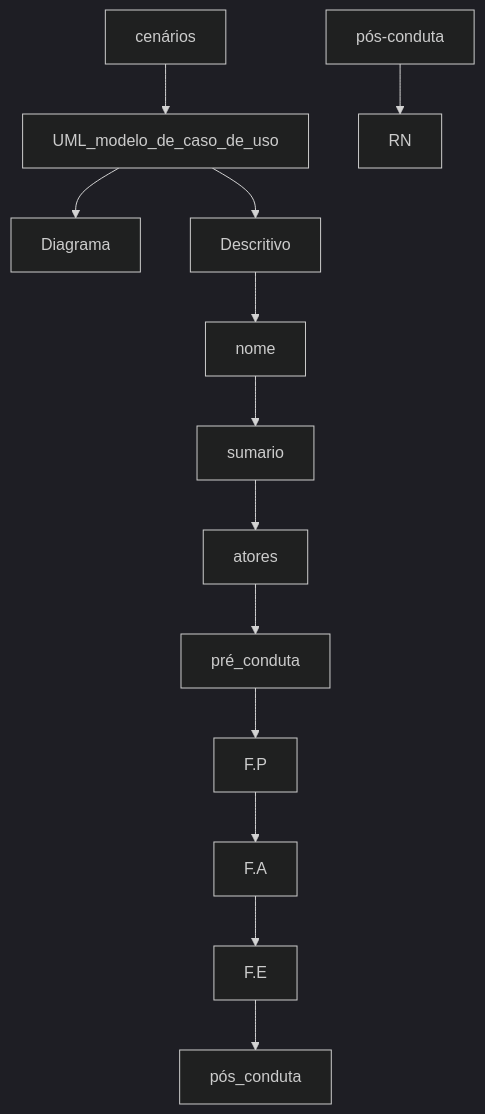
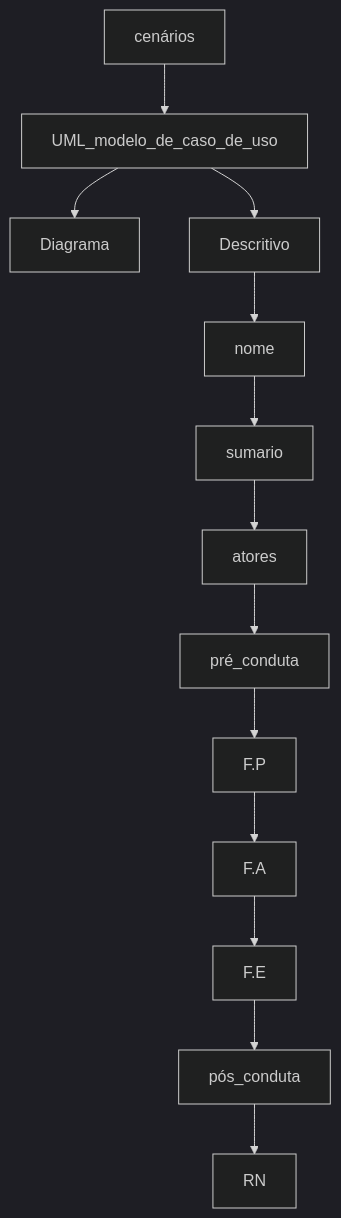
One commit to vanessacezarn/3_Semestre changed the second of 2 diagrams in Engenharia e Requisitos de Software/aula_08 09.04.md. Above: the diagram before and after it, drawn with Mermaid (dark theme).

Commit message:
Update aula_08 09.04.md

````diff
--- a/Engenharia e Requisitos de Software/aula_08 09.04.md
+++ b/Engenharia e Requisitos de Software/aula_08 09.04.md
@@ -14,16 +14,16 @@
 ```mermaid
 graph TD;
 cenários --> UML_modelo_de_caso_de_uso;
 UML_modelo_de_caso_de_uso --> Diagrama;
 UML_modelo_de_caso_de_uso --> Descritivo;
 Descritivo --> nome;
 nome--> sumario;
 sumario --> atores;
 atores --> pré_conduta;
 pré_conduta --> F.P;
 F.P --> F.A;
 F.A --> F.E;
 F.E --> pós_conduta;
-pós-conduta --> RN;
+pós_conduta --> RN;
 
 ```
````
